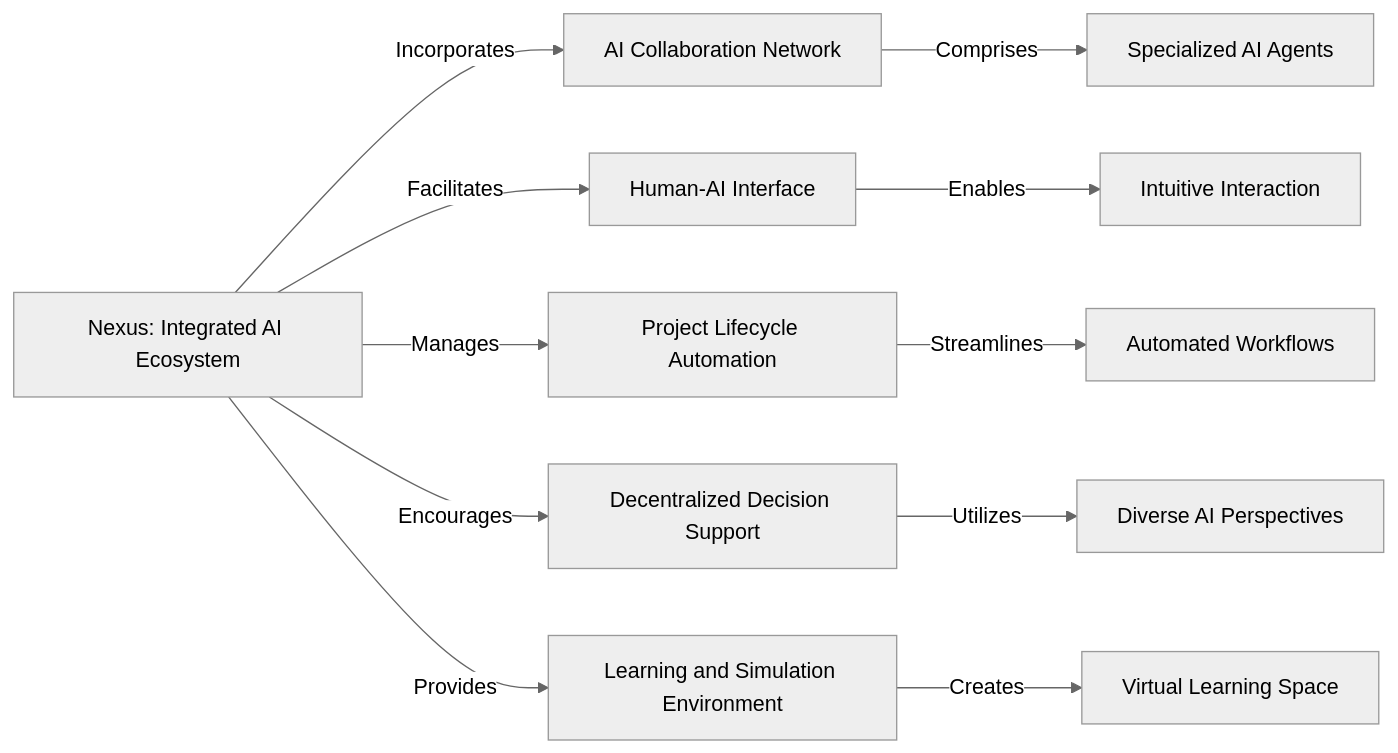
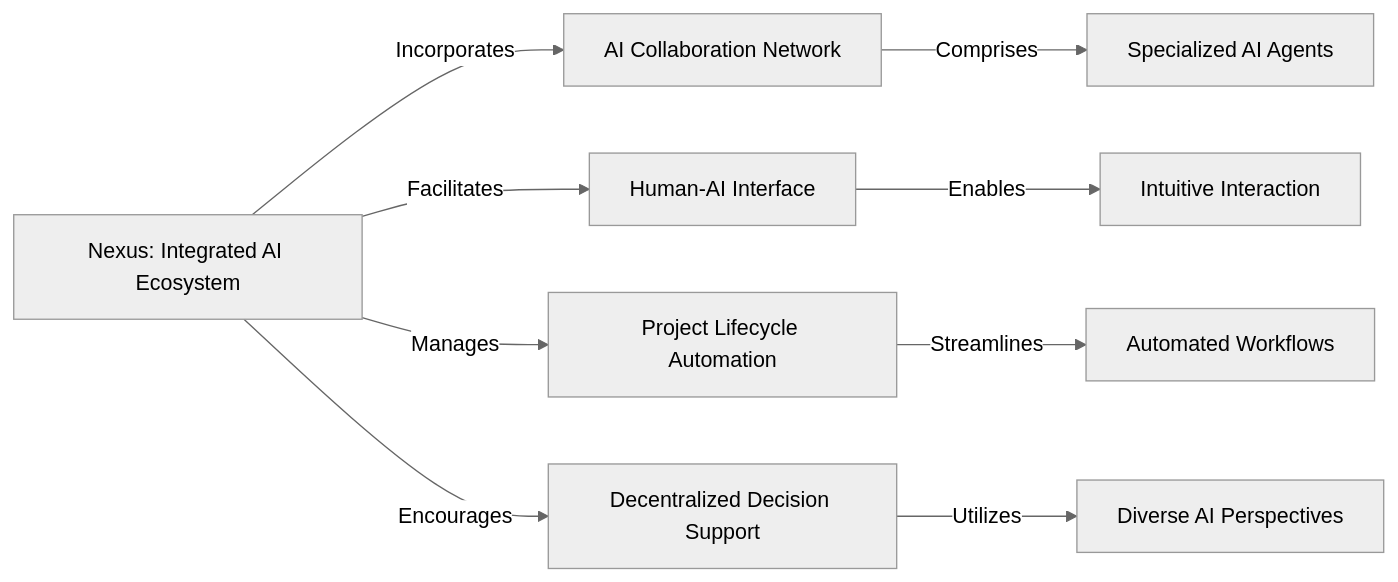
One commit to scybersec/placeholder-nexus changed the first of 3 diagrams in README.md. Above: the diagram before and after it, drawn with Mermaid (neutral theme). The commit also changed other lines of this file, not shown here.

````diff
--- a/README.md
+++ b/README.md
@@ -17,14 +16,12 @@
 ```mermaid
 graph LR
     A[Nexus: Integrated AI Ecosystem] -->|Incorporates| B[AI Collaboration Network]
     A -->|Facilitates| C[Human-AI Interface]
     A -->|Manages| D[Project Lifecycle Automation]
     A -->|Encourages| E[Decentralized Decision Support]
-    A -->|Provides| F[Learning and Simulation Environment]
 
     B -->|Comprises| G[Specialized AI Agents]
     C -->|Enables| H[Intuitive Interaction]
     D -->|Streamlines| I[Automated Workflows]
     E -->|Utilizes| J[Diverse AI Perspectives]
-    F -->|Creates| K[Virtual Learning Space]
 ```
````
